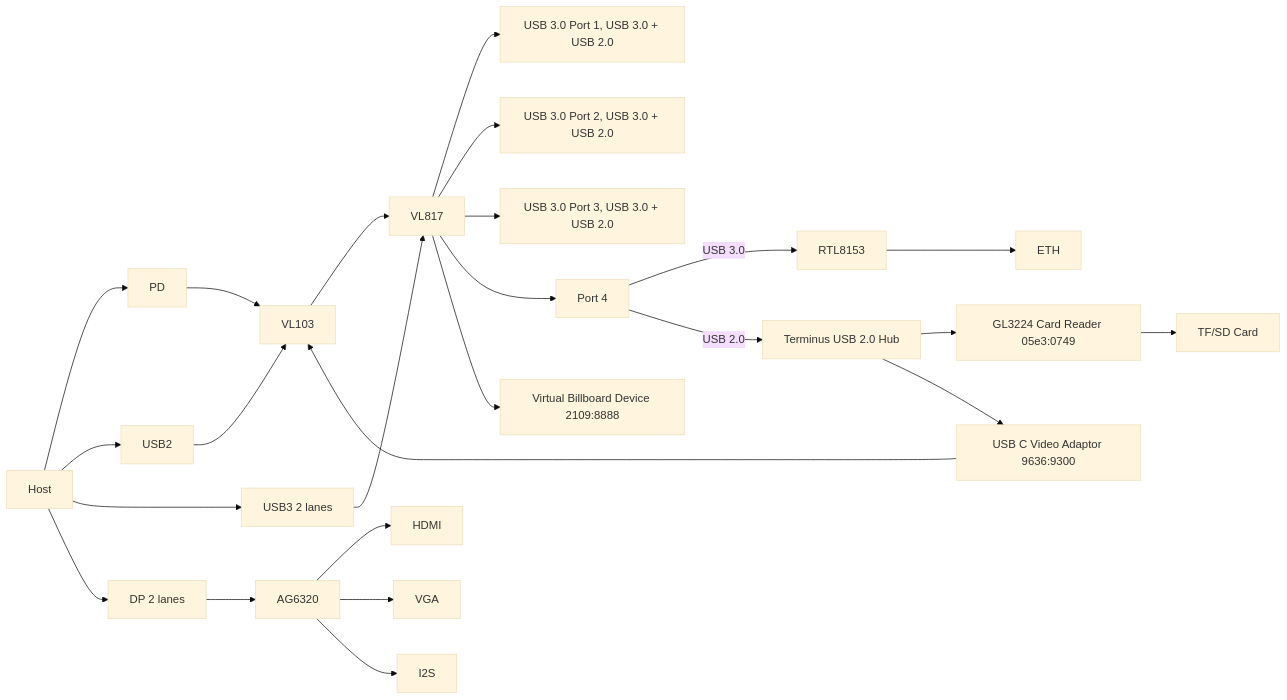
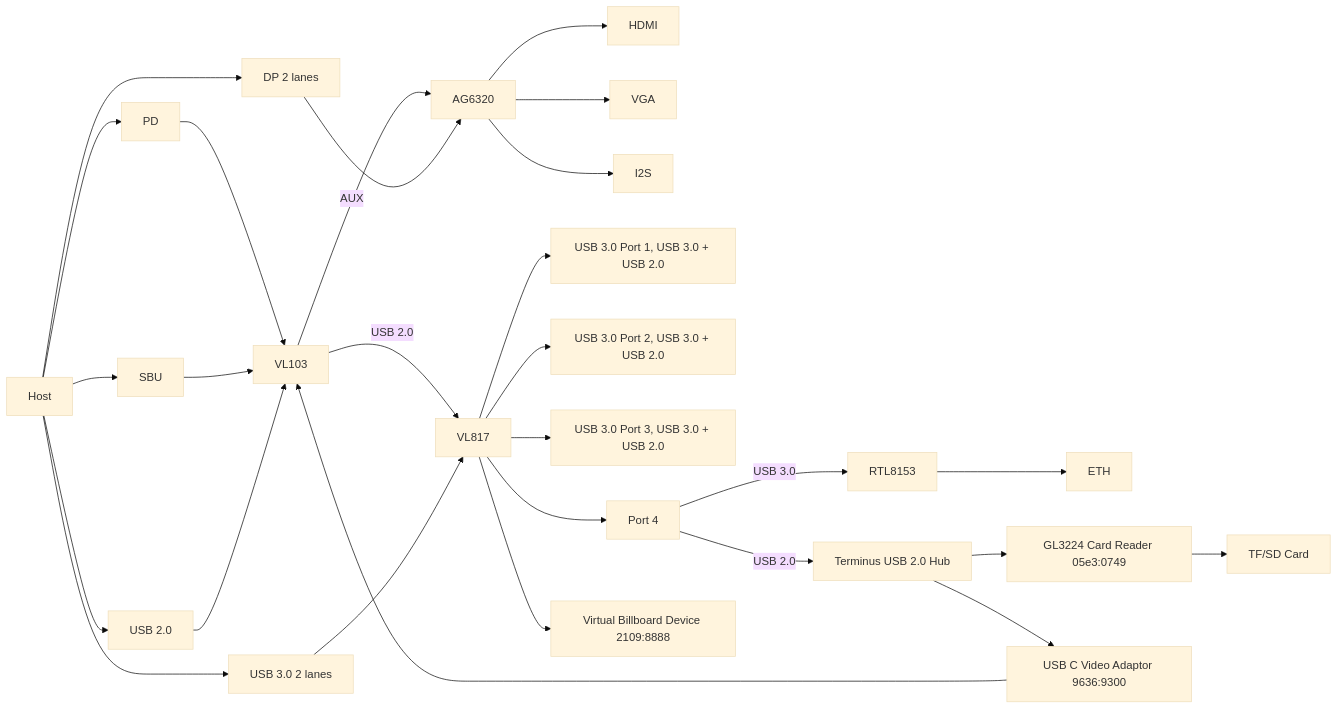
One commit to jiegec/blog-source changed the fourth of 4 diagrams in docs/blog/posts/hardware/type-c-dongle-analysis.md. Above: the diagram before and after it, drawn with Mermaid (base theme). The commit also changed other lines of this file, not shown here.

Commit message:
Mention SBU

````diff
--- a/docs/blog/posts/hardware/type-c-dongle-analysis.md
+++ b/docs/blog/posts/hardware/type-c-dongle-analysis.md
@@ -145,20 +146,21 @@
 ```mermaid
 flowchart LR
     Host --> PD --> VL103
-    Host --> USB2 --> VL103 --> VL817
-    Host --> USB3[USB3 2 lanes] --> VL817
+    Host --> SBU --> VL103 -->|AUX| AG6320
+    Host --> USB2[USB 2.0] --> VL103 -->|USB 2.0| VL817
+    Host --> USB3[USB 3.0 2 lanes] --> VL817
     Host --> DP[DP 2 lanes] --> AG6320 --> HDMI
     AG6320 --> VGA
     AG6320 --> I2S
 
     VL817 --> Port1[USB 3.0 Port 1, USB 3.0 + USB 2.0]
     VL817 --> Port2[USB 3.0 Port 2, USB 3.0 + USB 2.0]
     VL817 --> Port3[USB 3.0 Port 3, USB 3.0 + USB 2.0]
     VL817 --> Port4[Port 4]
     Port4 -->|USB 3.0| RTL8153 --> ETH
     Port4 -->|USB 2.0| Terminus[Terminus USB 2.0 Hub]
     VL817 --> Billboard[Virtual Billboard Device 2109:8888]
     Terminus --> GL3224[GL3224 Card Reader 05e3:0749] --> TFSD[TF/SD Card]
     Terminus --> Adaptor[USB C Video Adaptor 9636:9300]
     Adaptor --> VL103
 ```
````
